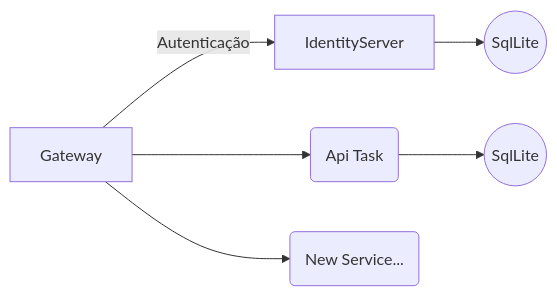
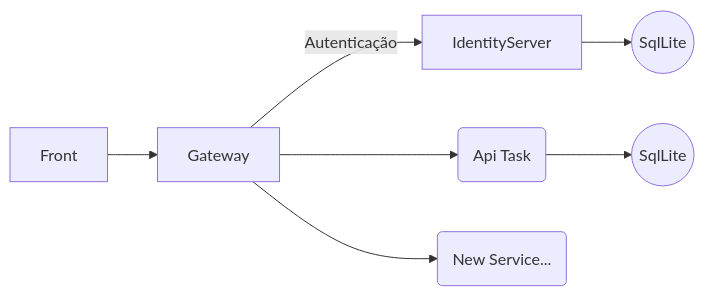
Before and after one commit to AdrianoGuzzo/PontaChallenge: the diagram in README.md, drawn with Mermaid.

````diff
--- a/README.md
+++ b/README.md
@@ -96,8 +96,9 @@
 ```mermaid
 graph LR
-A[Gateway] -- Autenticação --> B[IdentityServer]
-A --> C(Api Task)
-A --> F(New Service...)
-B --> D((SqlLite))
-C --> E((SqlLite))
+A[Front] --> B[Gateway]
+B -- Autenticação --> C[IdentityServer]
+B --> D(Api Task)
+B --> G(New Service...)
+D --> E((SqlLite))
+C --> F((SqlLite))
 ```
````
